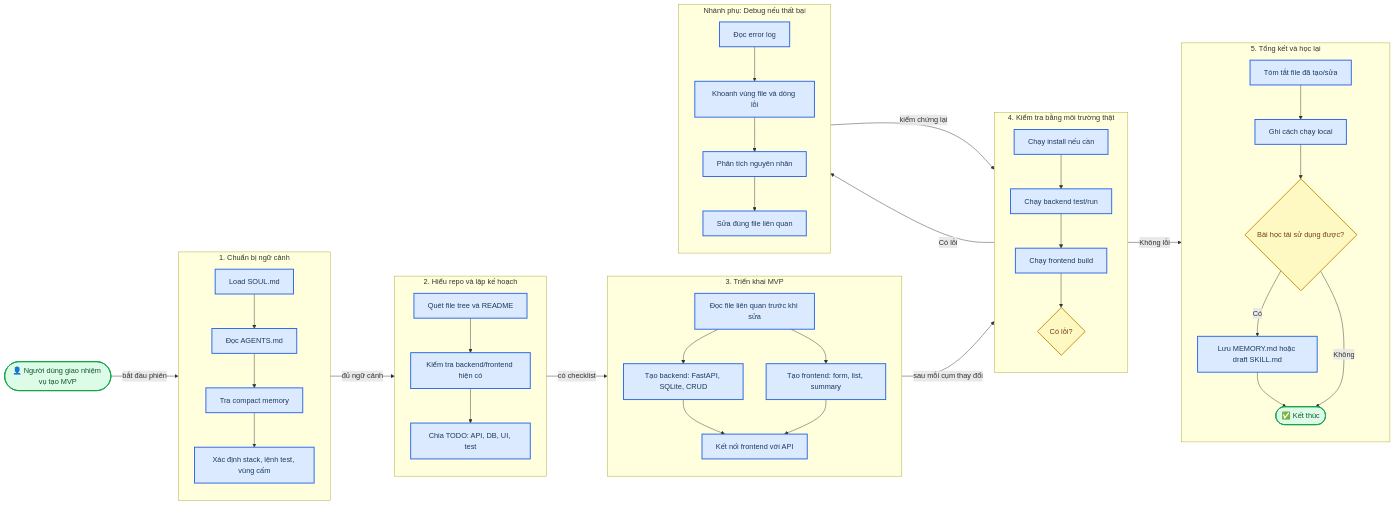
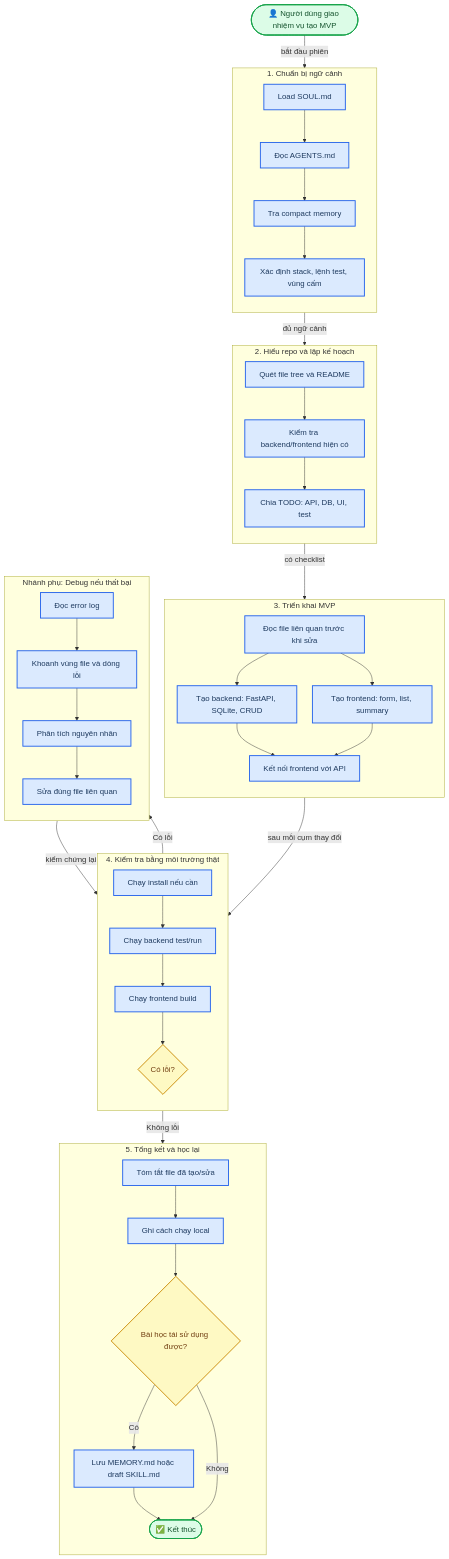
Before and after one commit to lamvu-ha/Hermes_From-theory-to-practice: the eighth of 9 diagrams in README.md, drawn with Mermaid. The commit also changed other lines of this file, not shown here.

Commit message:
Enlarge MVP workflow diagram

````diff
--- a/README.md
+++ b/README.md
@@ -551,5 +551,6 @@
 ```mermaid
-flowchart LR
+%%{init: {"flowchart": {"nodeSpacing": 34, "rankSpacing": 46}, "themeVariables": {"fontSize": "17px"}}}%%
+flowchart TB
     accTitle: Hermes Coding Workflow
     accDescr: Flow showing large workflow stages and the smaller execution steps inside each stage
 
````
